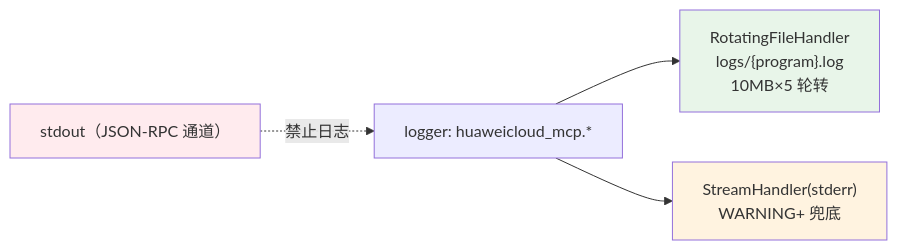
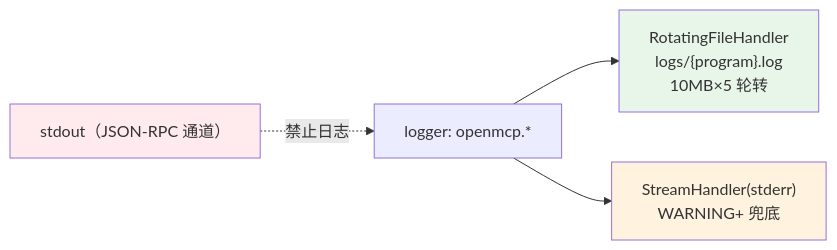
One commit to huaweicloud-mate/huaweicloud-open-mcp changed the eighth of 8 diagrams in docs/design.md. Above: the diagram before and after it, drawn with Mermaid. The commit also changed other lines of this file and 48 other files, not shown here.

First line of the commit message:
包路径 huaweicloud_mcp → openmcp(官方 mcp SDK 同名冲突,选无冲突短名)

````diff
--- a/docs/design.md
+++ b/docs/design.md
@@ -262,10 +262,10 @@
 ```mermaid
 flowchart LR
-    A["logger: huaweicloud_mcp.*"] --> B["RotatingFileHandler<br/>logs/{program}.log<br/>10MB×5 轮转"]
+    A["logger: openmcp.*"] --> B["RotatingFileHandler<br/>logs/{program}.log<br/>10MB×5 轮转"]
     A --> C["StreamHandler(stderr)<br/>WARNING+ 兜底"]
     D["stdout（JSON-RPC 通道）"] -. "禁止日志" .-> A
 
     style B fill:#e8f5e9
     style C fill:#fff3e0
     style D fill:#ffebee
 ```
````
